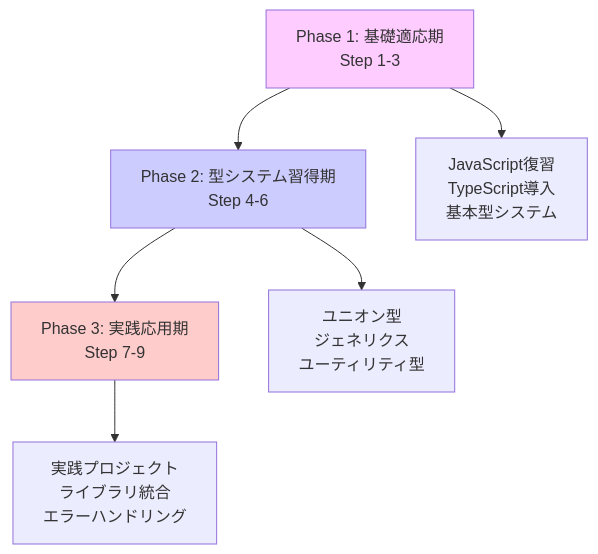
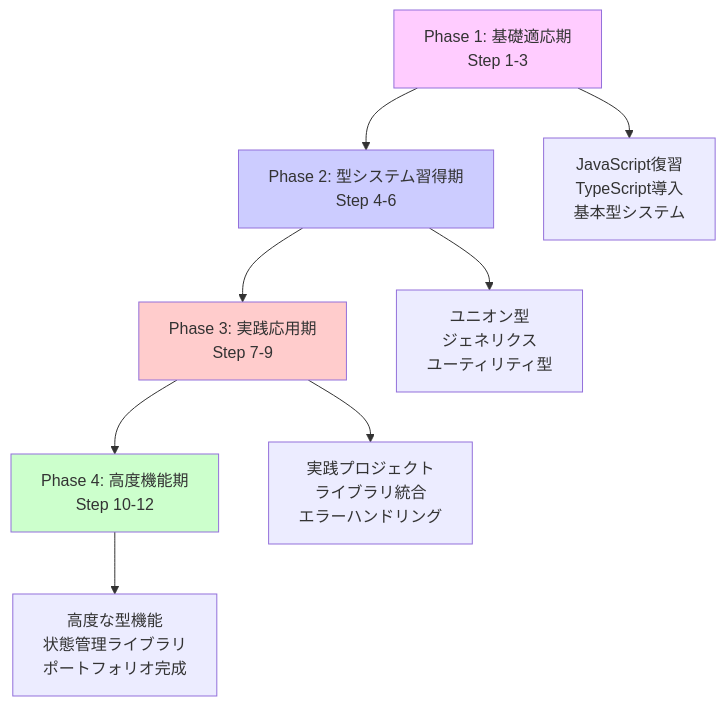
One commit to shiftplus-corp-homan-keisuke/frontend changed the diagram in 学習プラン/Phase1_TypeScript完全習得/@TypeScript完全学習プラン.md. Above: the diagram before and after it, drawn with Mermaid. The commit also changed other lines of this file and 11 other files, not shown here.

````diff
--- a/学習プラン/Phase1_TypeScript完全習得/@TypeScript完全学習プラン.md
+++ b/学習プラン/Phase1_TypeScript完全習得/@TypeScript完全学習プラン.md
@@ -24,13 +25,16 @@
 ```mermaid
 graph TD
     A[Phase 1: 基礎適応期<br/>Step 1-3] --> B[Phase 2: 型システム習得期<br/>Step 4-6]
     B --> C[Phase 3: 実践応用期<br/>Step 7-9]
+    C --> D[Phase 4: 高度機能期<br/>Step 10-12]
 
     A --> A1[JavaScript復習<br/>TypeScript導入<br/>基本型システム]
     B --> B1[ユニオン型<br/>ジェネリクス<br/>ユーティリティ型]
     C --> C1[実践プロジェクト<br/>ライブラリ統合<br/>エラーハンドリング]
+    D --> D1[高度な型機能<br/>状態管理ライブラリ<br/>ポートフォリオ完成]
 
     style A fill:#ffccff
     style B fill:#ccccff
     style C fill:#ffcccc
+    style D fill:#ccffcc
 ```
````
